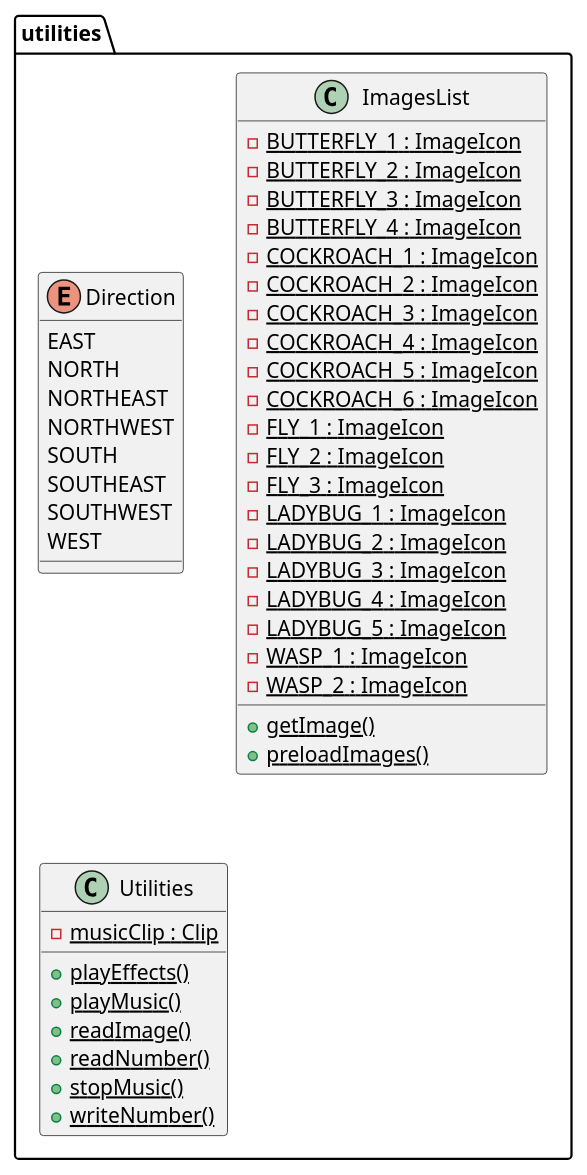
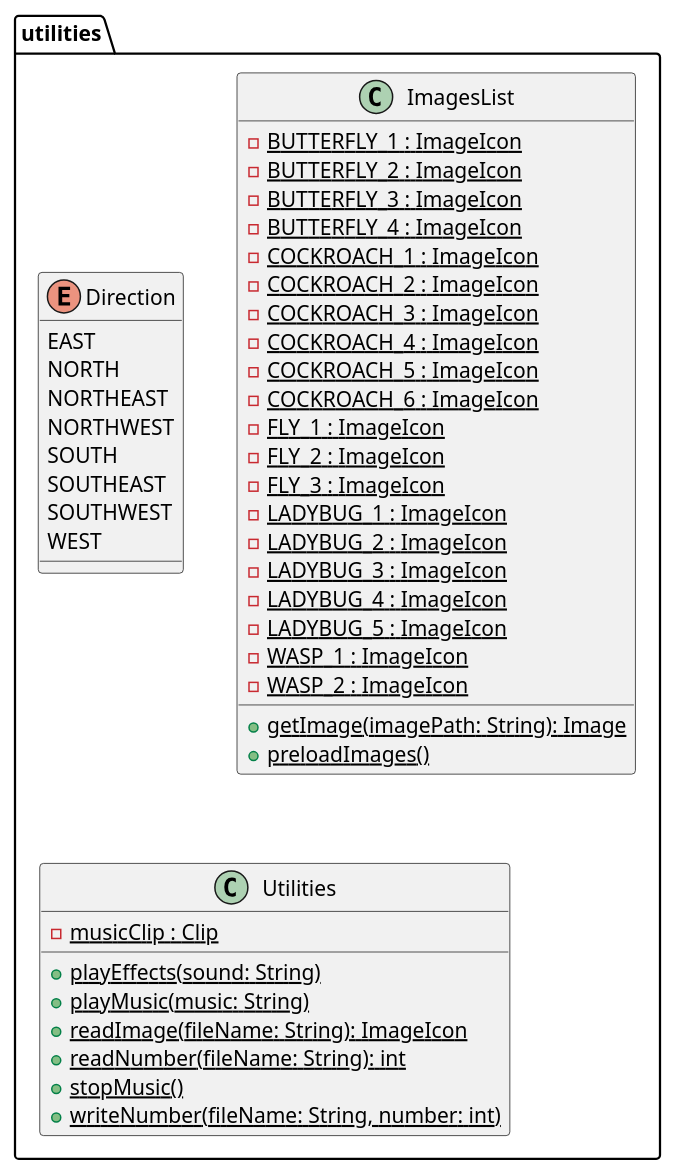
The diagram in src/utilities/utilities.plantuml (lcintini/JFlySwatter), drawn with PlantUML before and after one commit. The commit also changed 10 other files, not shown here.

Commit message:
correzione diagrammi uml

```diff
--- a/src/utilities/utilities.plantuml
+++ b/src/utilities/utilities.plantuml
@@ -1,58 +1,58 @@
 @startuml
 
   namespace utilities {
       enum Direction {
         EAST
         NORTH
         NORTHEAST
         NORTHWEST
         SOUTH
         SOUTHEAST
         SOUTHWEST
         WEST
       }
     }
   
 
   namespace utilities {
       class utilities.ImagesList {
           {static} - BUTTERFLY_1 : ImageIcon
           {static} - BUTTERFLY_2 : ImageIcon
           {static} - BUTTERFLY_3 : ImageIcon
           {static} - BUTTERFLY_4 : ImageIcon
           {static} - COCKROACH_1 : ImageIcon
           {static} - COCKROACH_2 : ImageIcon
           {static} - COCKROACH_3 : ImageIcon
           {static} - COCKROACH_4 : ImageIcon
           {static} - COCKROACH_5 : ImageIcon
           {static} - COCKROACH_6 : ImageIcon
           {static} - FLY_1 : ImageIcon
           {static} - FLY_2 : ImageIcon
           {static} - FLY_3 : ImageIcon
           {static} - LADYBUG_1 : ImageIcon
           {static} - LADYBUG_2 : ImageIcon
           {static} - LADYBUG_3 : ImageIcon
           {static} - LADYBUG_4 : ImageIcon
           {static} - LADYBUG_5 : ImageIcon
           {static} - WASP_1 : ImageIcon
           {static} - WASP_2 : ImageIcon
-          {static} + getImage()
+          {static} + getImage(imagePath: String): Image
           {static} + preloadImages()
       }
     }
   
 
   namespace utilities {
       class utilities.Utilities {
           {static} - musicClip : Clip
-          {static} + playEffects()
-          {static} + playMusic()
-          {static} + readImage()
-          {static} + readNumber()
+          {static} + playEffects(sound: String)
+          {static} + playMusic(music: String)
+          {static} + readImage(fileName: String): ImageIcon
+          {static} + readNumber(fileName: String): int
           {static} + stopMusic()
-          {static} + writeNumber()
+          {static} + writeNumber(fileName: String, number: int)
       }
     }
 
 
 @enduml
```
